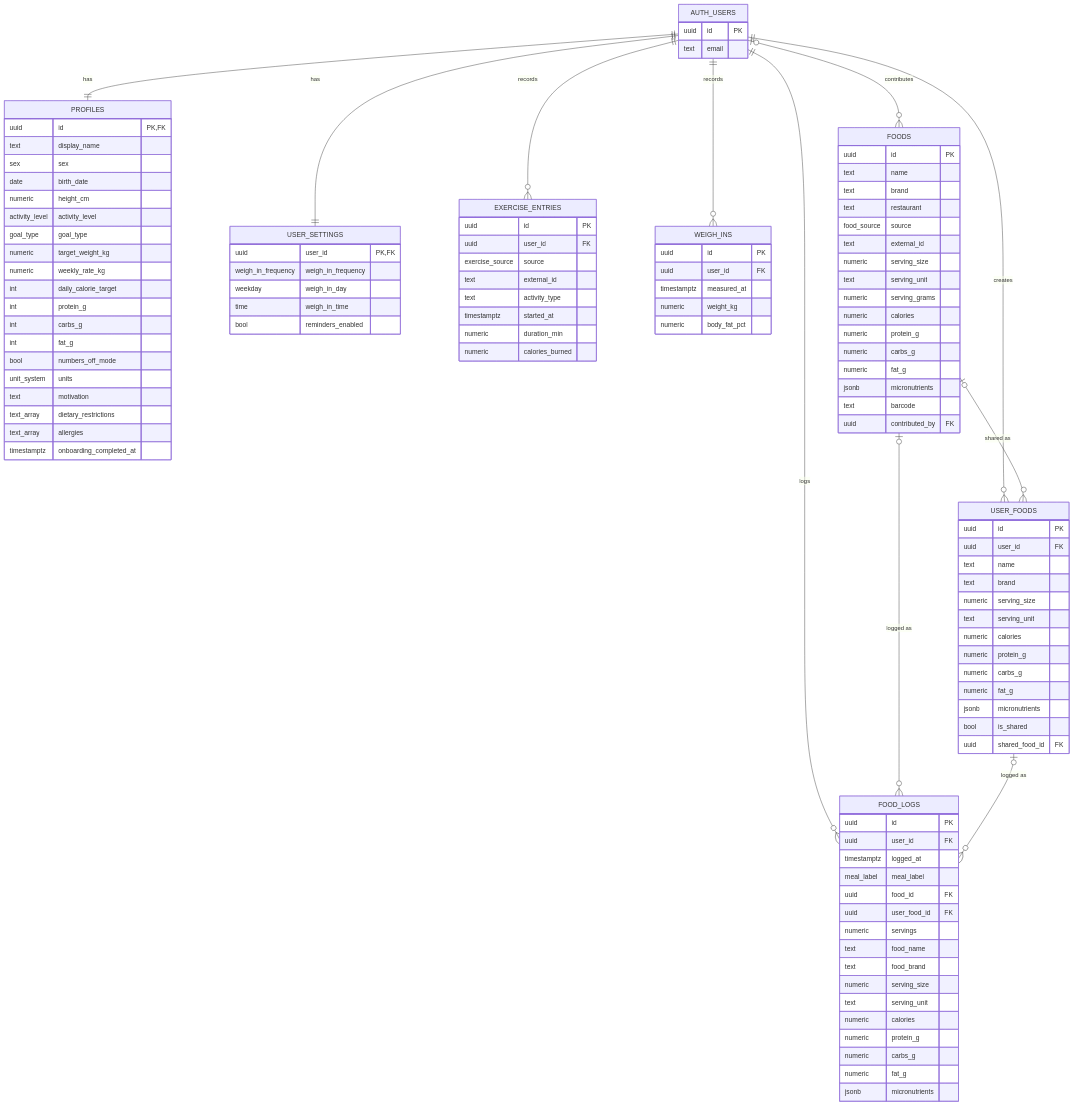
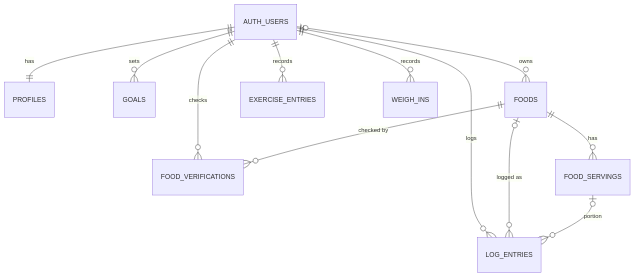
Before and after one commit to aaravSmall/MacroMate: the diagram in docs/SCHEMA.md, drawn with Mermaid. The commit also changed other lines of this file and 65 other files, not shown here.

First line of the commit message:
feat: move the app onto the rebuilt Supabase schema

````diff
--- a/docs/SCHEMA.md
+++ b/docs/SCHEMA.md
@@ -7,114 +7,14 @@
 ```mermaid
 erDiagram
   AUTH_USERS ||--|| PROFILES : "has"
-  AUTH_USERS ||--|| USER_SETTINGS : "has"
-  AUTH_USERS ||--o{ USER_FOODS : "creates"
-  AUTH_USERS ||--o{ FOOD_LOGS : "logs"
+  AUTH_USERS ||--o{ GOALS : "sets"
+  AUTH_USERS |o--o{ FOODS : "owns"
+  AUTH_USERS ||--o{ LOG_ENTRIES : "logs"
+  AUTH_USERS ||--o{ FOOD_VERIFICATIONS : "checks"
   AUTH_USERS ||--o{ EXERCISE_ENTRIES : "records"
   AUTH_USERS ||--o{ WEIGH_INS : "records"
-  AUTH_USERS |o--o{ FOODS : "contributes"
-  FOODS |o--o{ FOOD_LOGS : "logged as"
-  USER_FOODS |o--o{ FOOD_LOGS : "logged as"
-  FOODS |o--o{ USER_FOODS : "shared as"
-
-  AUTH_USERS {
-    uuid id PK
-    text email
-  }
-  PROFILES {
-    uuid id PK, FK
-    text display_name
-    sex sex
-    date birth_date
-    numeric height_cm
-    activity_level activity_level
-    goal_type goal_type
-    numeric target_weight_kg
-    numeric weekly_rate_kg
-    int daily_calorie_target
-    int protein_g
-    int carbs_g
-    int fat_g
-    bool numbers_off_mode
-    unit_system units
-    text motivation
-    text_array dietary_restrictions
-    text_array allergies
-    timestamptz onboarding_completed_at
-  }
-  USER_SETTINGS {
-    uuid user_id PK, FK
-    weigh_in_frequency weigh_in_frequency
-    weekday weigh_in_day
-    time weigh_in_time
-    bool reminders_enabled
-  }
-  FOODS {
-    uuid id PK
-    text name
-    text brand
-    text restaurant
-    food_source source
-    text external_id
-    numeric serving_size
-    text serving_unit
-    numeric serving_grams
-    numeric calories
-    numeric protein_g
-    numeric carbs_g
-    numeric fat_g
-    jsonb micronutrients
-    text barcode
-    uuid contributed_by FK
-  }
-  USER_FOODS {
-    uuid id PK
-    uuid user_id FK
-    text name
-    text brand
-    numeric serving_size
-    text serving_unit
-    numeric calories
-    numeric protein_g
-    numeric carbs_g
-    numeric fat_g
-    jsonb micronutrients
-    bool is_shared
-    uuid shared_food_id FK
-  }
-  FOOD_LOGS {
-    uuid id PK
-    uuid user_id FK
-    timestamptz logged_at
-    meal_label meal_label
-    uuid food_id FK
-    uuid user_food_id FK
-    numeric servings
-    text food_name
-    text food_brand
-    numeric serving_size
-    text serving_unit
-    numeric calories
-    numeric protein_g
-    numeric carbs_g
-    numeric fat_g
-    jsonb micronutrients
-  }
-  EXERCISE_ENTRIES {
-    uuid id PK
-    uuid user_id FK
-    exercise_source source
-    text external_id
-    text activity_type
-    timestamptz started_at
-    numeric duration_min
-    numeric calories_burned
-  }
-  WEIGH_INS {
-    uuid id PK
-    uuid user_id FK
-    timestamptz measured_at
-    numeric weight_kg
-    numeric body_fat_pct
-  }
+  FOODS ||--o{ FOOD_SERVINGS : "has"
+  FOODS ||--o{ FOOD_VERIFICATIONS : "checked by"
+  FOODS |o--o{ LOG_ENTRIES : "logged as"
+  FOOD_SERVINGS |o--o{ LOG_ENTRIES : "portion"
 ```
````
